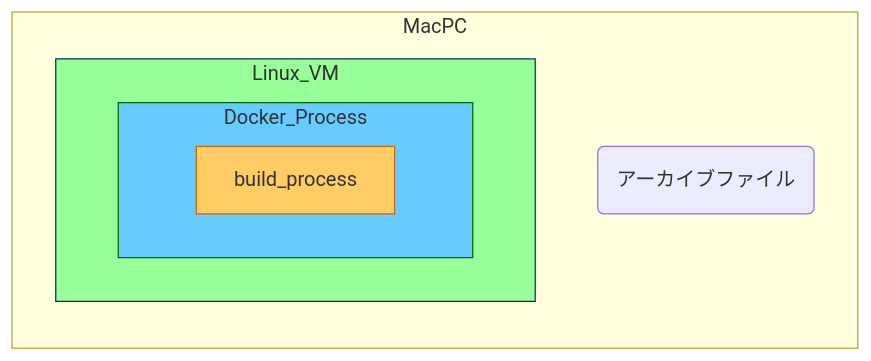
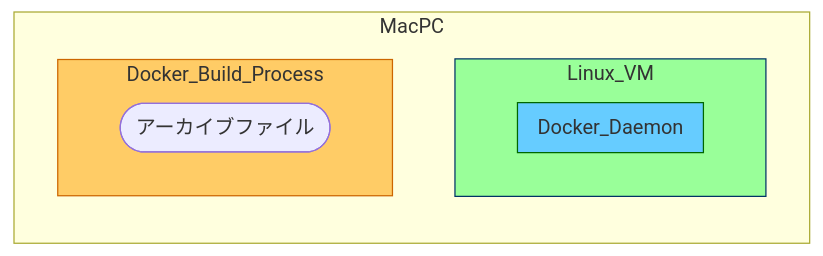
Before and after one commit to higaki-takanori/zenn-books: the second of 5 diagrams in articles/docker-build.md, drawn with Mermaid. The commit also changed other lines of this file, not shown here.

Commit message:
:sparkles: docker-buildの記事 docker daemon と docker client の概念を記事に追加

````diff
--- a/articles/docker-build.md
+++ b/articles/docker-build.md
@@ -93,15 +95,16 @@
 ```mermaid
 flowchart LR
-  archive(アーカイブファイル)
+  archive([アーカイブファイル])
     subgraph MacPC
         subgraph Linux_VM
-            subgraph Docker_Process
-                build_process[build_process]
+            subgraph Docker_Daemon
             end
         end
-        archive
+        subgraph Docker_Build_Process
+            archive
+        end
     end
     style Linux_VM fill:#99ff99,stroke:#003366
-    style Docker_Process fill:#66ccff,stroke:#006600
-    style build_process fill:#ffcc66,stroke:#cc6600
+    style Docker_Daemon fill:#66ccff,stroke:#006600
+    style Docker_Build_Process fill:#ffcc66,stroke:#cc6600
 ```
````
